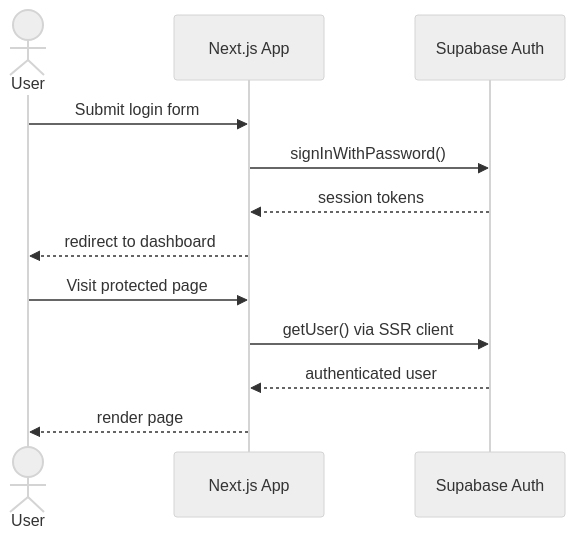
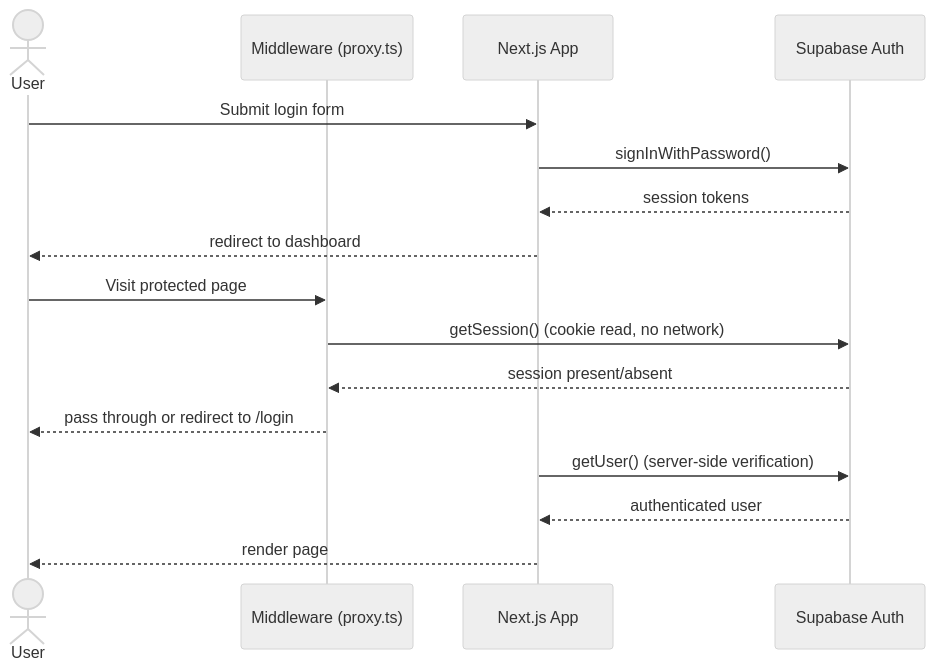
Before and after one commit to MIEtheDEV/Vaultset: the fourth of 7 diagrams in docs/design.md, drawn with Mermaid (neutral theme). The commit also changed other lines of this file and 64 other files, not shown here.

````diff
--- a/docs/design.md
+++ b/docs/design.md
@@ -196,16 +276,21 @@
 ```mermaid
 sequenceDiagram
     actor User
+    participant MW as Middleware (proxy.ts)
     participant App as Next.js App
     participant Auth as Supabase Auth
 
     User->>App: Submit login form
     App->>Auth: signInWithPassword()
     Auth-->>App: session tokens
     App-->>User: redirect to dashboard
 
-    User->>App: Visit protected page
-    App->>Auth: getUser() via SSR client
+    User->>MW: Visit protected page
+    MW->>Auth: getSession() (cookie read, no network)
+    Auth-->>MW: session present/absent
+    MW-->>User: pass through or redirect to /login
+
+    App->>Auth: getUser() (server-side verification)
     Auth-->>App: authenticated user
     App-->>User: render page
 ```
````
